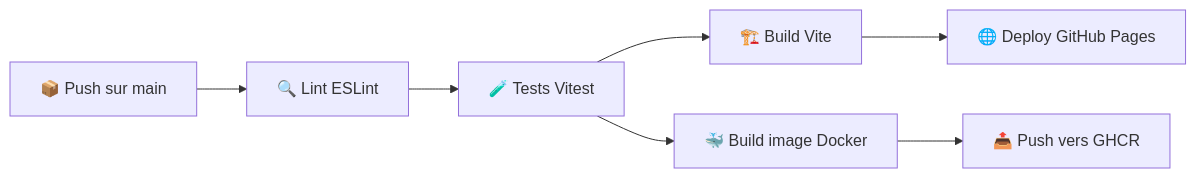
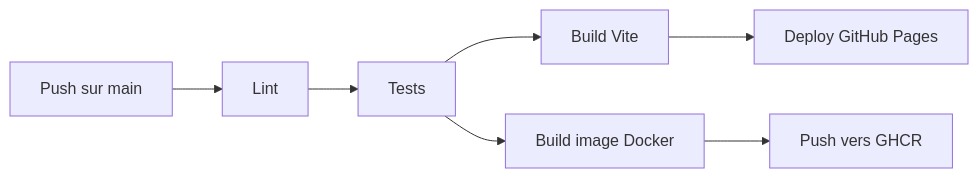
Before and after one commit to BOupdown/World-Cup-Game: the diagram in README.md, drawn with Mermaid. The commit also changed other lines of this file and 13 other files, not shown here.

````diff
--- a/README.md
+++ b/README.md
@@ -59,9 +52,9 @@
 ```mermaid
 flowchart LR
-    A[📦 Push sur main] --> B[🔍 Lint ESLint]
-    B --> C[🧪 Tests Vitest]
-    C --> D[🏗️ Build Vite]
-    C --> E[🐳 Build image Docker]
-    D --> F[🌐 Deploy GitHub Pages]
-    E --> G[📤 Push vers GHCR]
+    A[Push sur main] --> B[Lint]
+    B --> C[Tests]
+    C --> D[Build Vite]
+    C --> E[Build image Docker]
+    D --> F[Deploy GitHub Pages]
+    E --> G[Push vers GHCR]
 ```
````
